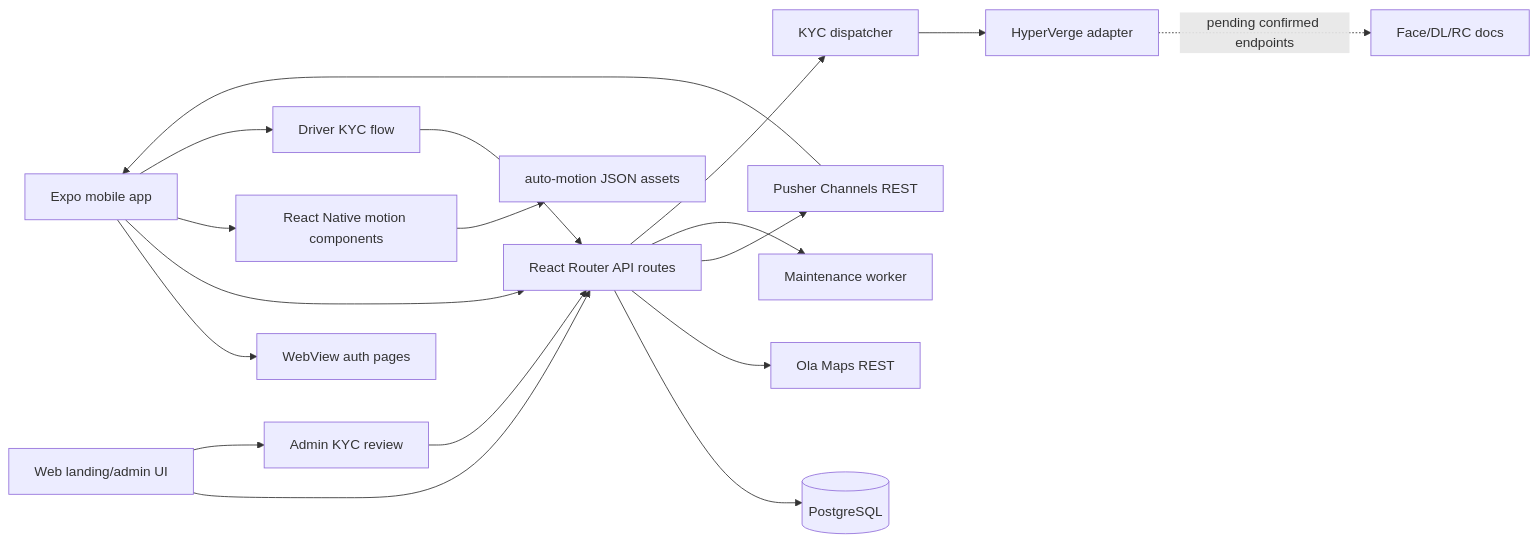
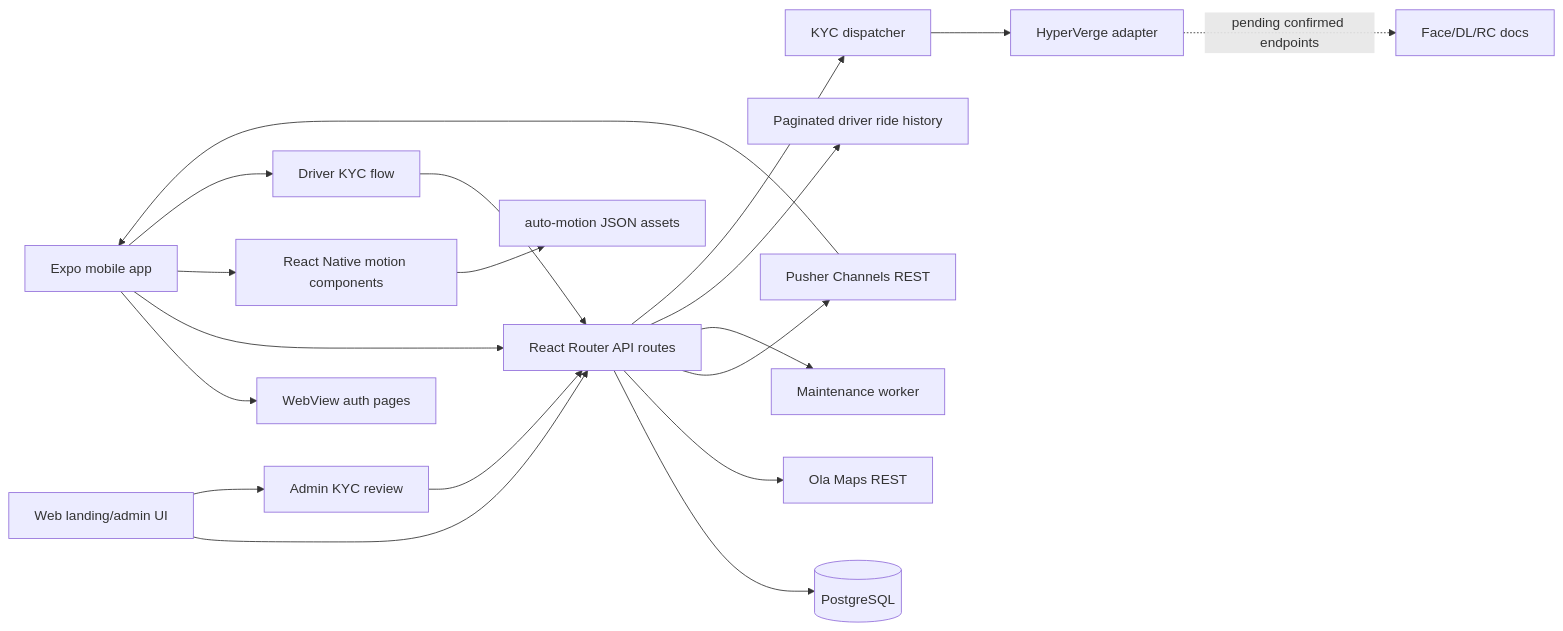
The diagram in README.md (RohitRajMaturu/AutoRiderApp), drawn with Mermaid before and after one commit. The commit also changed other lines of this file and 5 other files, not shown here.

````diff
--- a/README.md
+++ b/README.md
@@ -354,20 +362,21 @@
 ```mermaid
 flowchart LR
   Mobile[Expo mobile app] --> AuthWeb[WebView auth pages]
   Mobile --> Api[React Router API routes]
   WebLanding[Web landing/admin UI] --> Api
   Api --> Postgres[(PostgreSQL)]
   Api --> Ola[Ola Maps REST]
   Api --> Pusher[Pusher Channels REST]
   Pusher --> Mobile
   Api --> Maintenance[Maintenance worker]
+  Api --> DriverHistory[Paginated driver ride history]
   Mobile --> Motion[React Native motion components]
   Motion --> MotionAssets[auto-motion JSON assets]
   Mobile --> DriverKyc[Driver KYC flow]
   DriverKyc --> Api
   WebLanding --> AdminKyc[Admin KYC review]
   AdminKyc --> Api
   Api --> KycDispatcher[KYC dispatcher]
   KycDispatcher --> HyperVerge[HyperVerge adapter]
   HyperVerge -. pending confirmed endpoints .-> HyperVergeDocs[Face/DL/RC docs]
 ```
````
